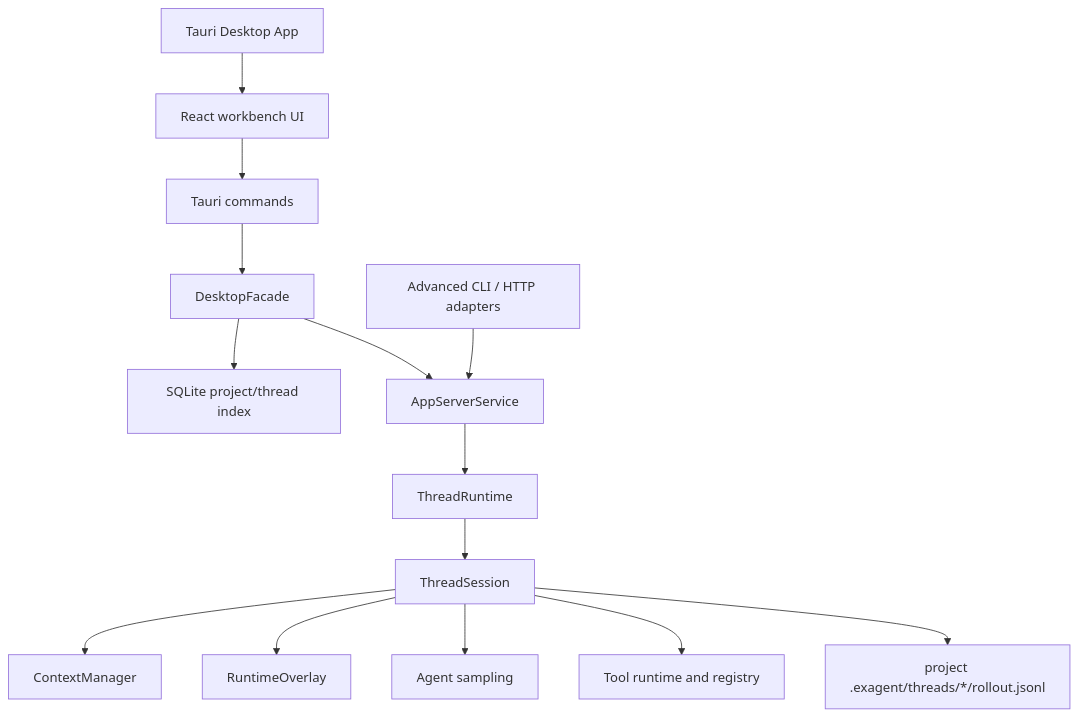
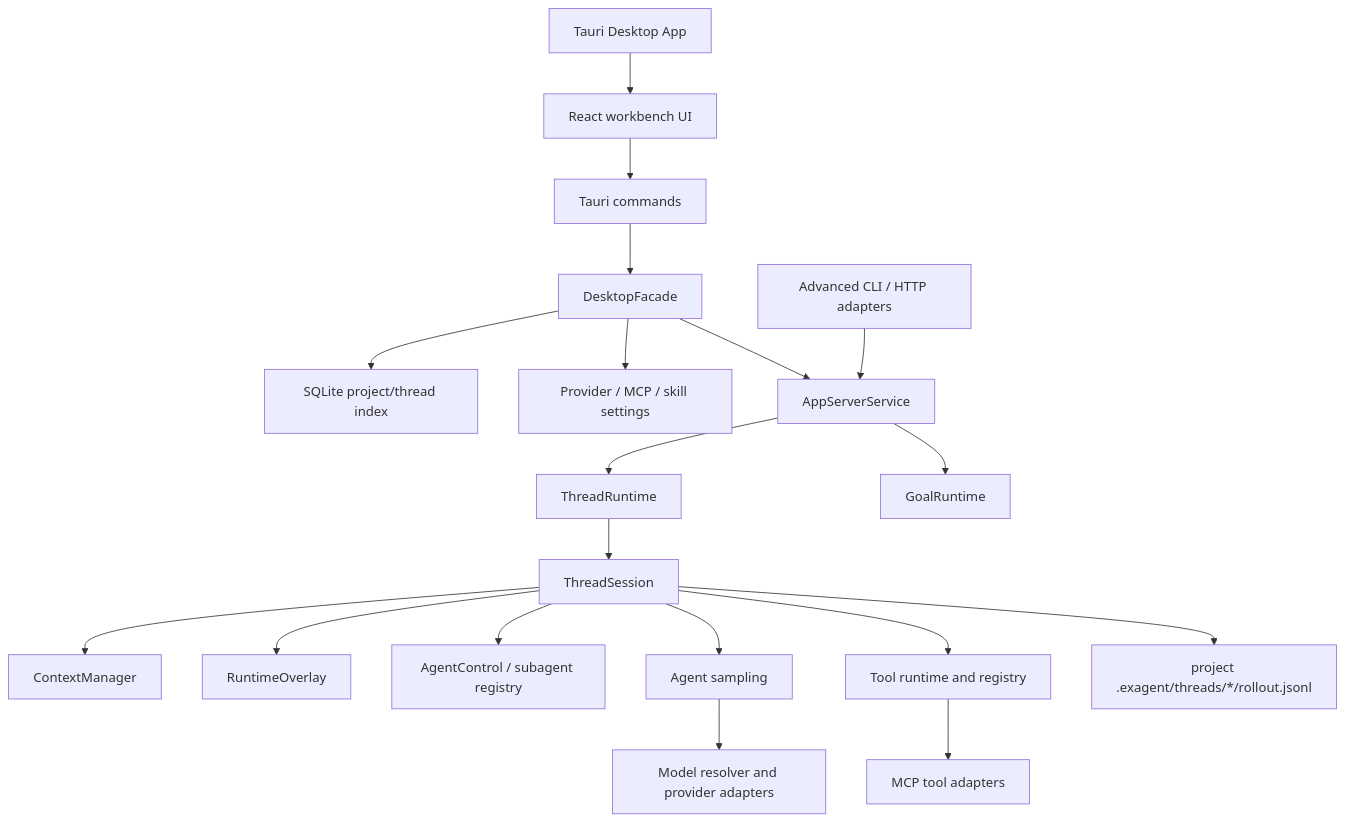
Before and after one commit to exqqstar/ExAgent: the diagram in README.md, drawn with Mermaid. The commit also changed other lines of this file, not shown here.

````diff
--- a/README.md
+++ b/README.md
@@ -102,31 +159,41 @@
 ```mermaid
 flowchart TB
     Desktop["Tauri Desktop App"]
     React["React workbench UI"]
     Commands["Tauri commands"]
     Facade["DesktopFacade"]
     Index["SQLite project/thread index"]
+    Settings["Provider / MCP / skill settings"]
     Boundary["AppServerService"]
     Runtime["ThreadRuntime"]
     Session["ThreadSession"]
     Context["ContextManager"]
     Overlay["RuntimeOverlay"]
+    Goal["GoalRuntime"]
+    Subagents["AgentControl / subagent registry"]
     Agent["Agent sampling"]
     Tools["Tool runtime and registry"]
+    Mcp["MCP tool adapters"]
+    Providers["Model resolver and provider adapters"]
     Rollout["project .exagent/threads/*/rollout.jsonl"]
     Advanced["Advanced CLI / HTTP adapters"]
 
     Desktop --> React
     React --> Commands
     Commands --> Facade
     Facade --> Index
+    Facade --> Settings
     Facade --> Boundary
     Advanced --> Boundary
     Boundary --> Runtime
+    Boundary --> Goal
     Runtime --> Session
     Session --> Context
     Session --> Overlay
+    Session --> Subagents
     Session --> Agent
     Session --> Tools
+    Tools --> Mcp
+    Agent --> Providers
     Session --> Rollout
 ```
````
